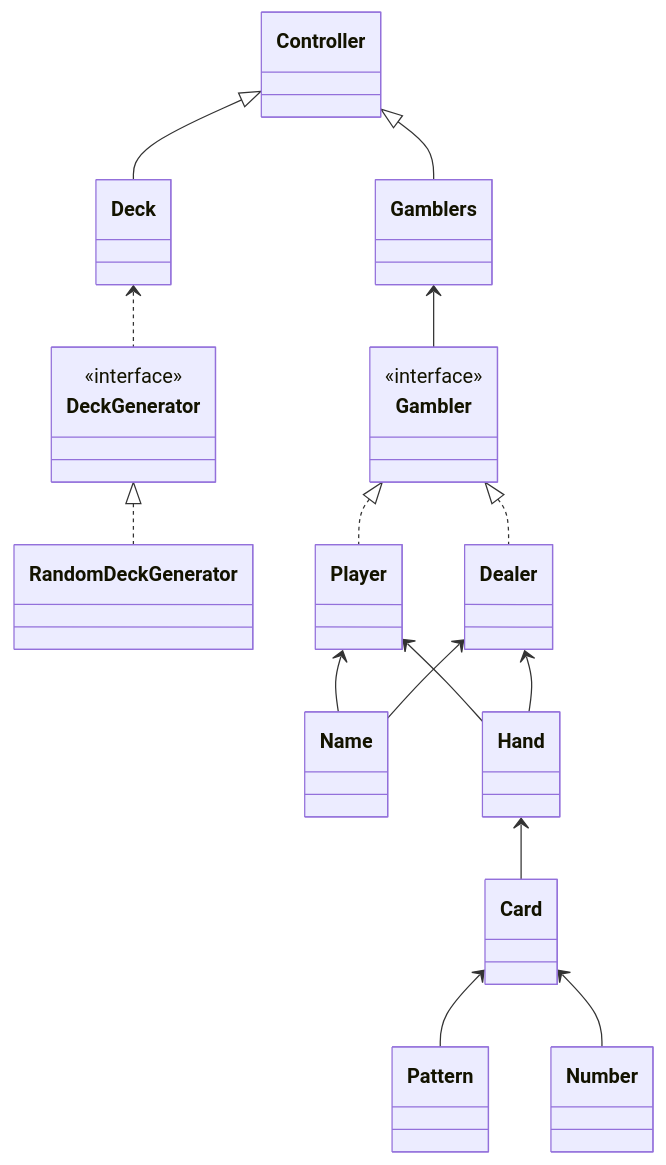
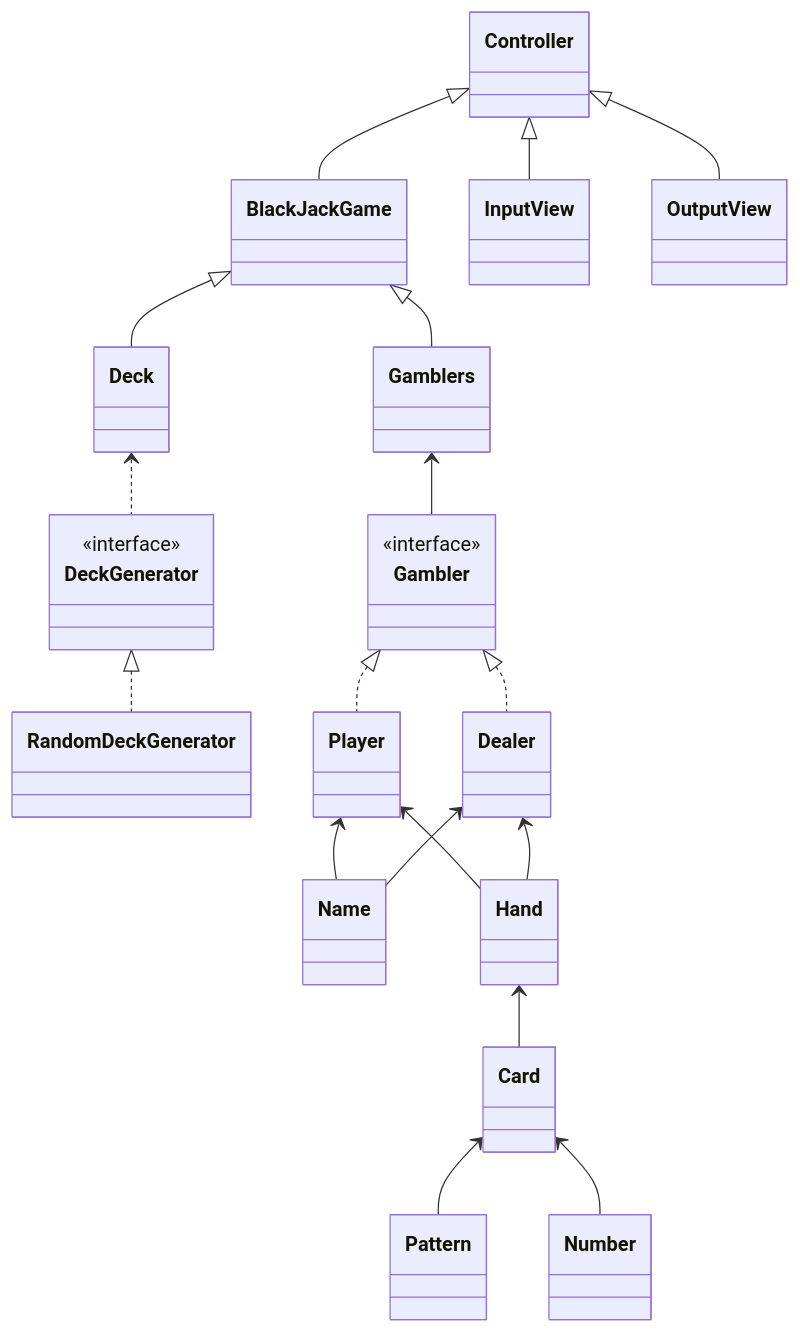
One commit to woowacourse/java-blackjack changed the diagram in README.md. Above: the diagram before and after it, drawn with Mermaid.

Commit message:
docs: class diagram 업데이트

````diff
--- a/README.md
+++ b/README.md
@@ -11,19 +11,22 @@
 ```mermaid
 classDiagram
-    Controller <|-- Gamblers
-    Controller <|-- Deck
+    BlackJackGame <|-- Gamblers
+    BlackJackGame <|-- Deck
+    Controller <|-- BlackJackGame
+    Controller <|-- InputView
+    Controller <|-- OutputView
     Deck <.. DeckGenerator
     <<interface>>DeckGenerator
     DeckGenerator <|.. RandomDeckGenerator
     Gamblers <-- Gambler
     <<interface>> Gambler
     Gambler <|.. Player
     Gambler <|.. Dealer
     Player <-- Name
     Player <-- Hand
     Dealer <-- Name
     Dealer <-- Hand
     Hand <-- Card
     Card <-- Pattern
     Card <-- Number
 ```
````
